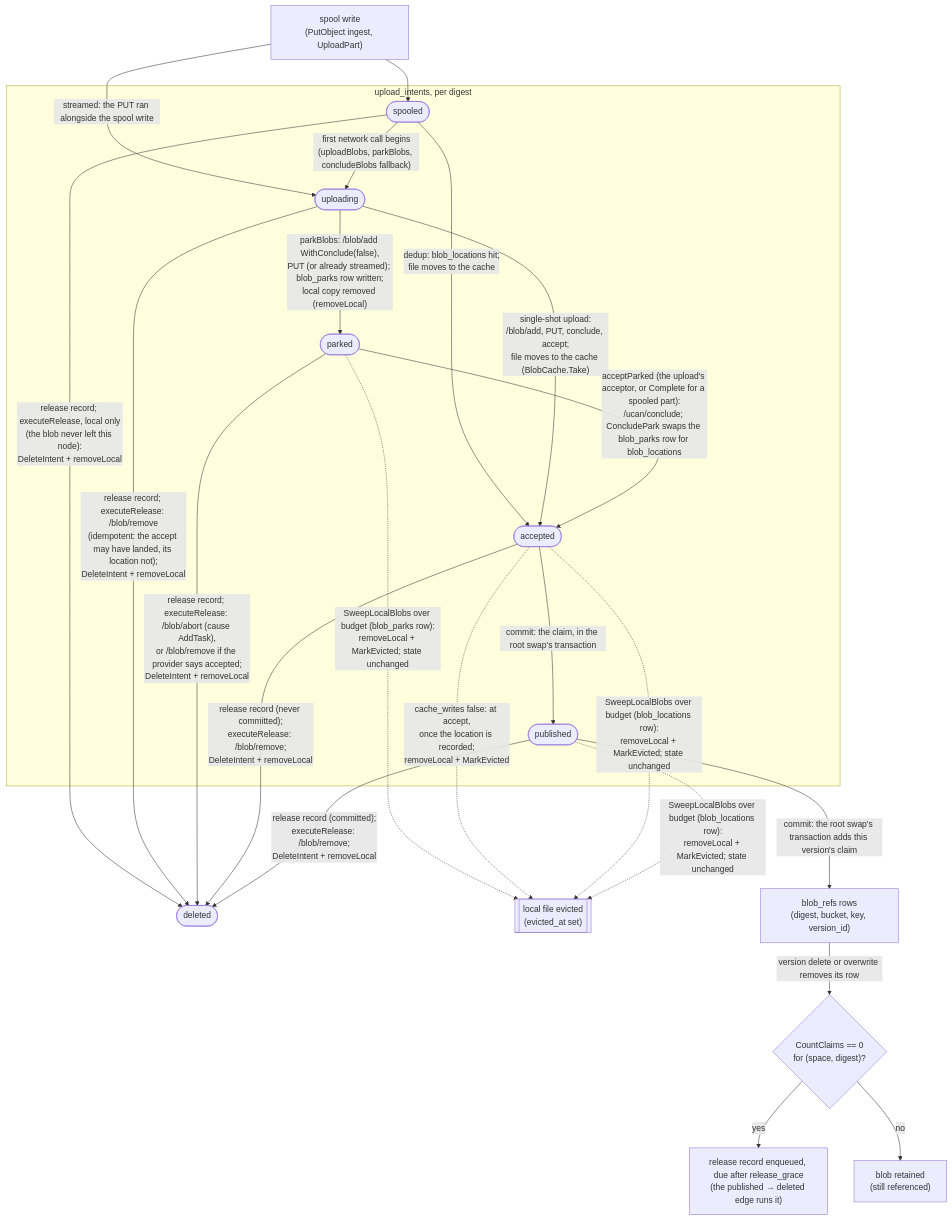
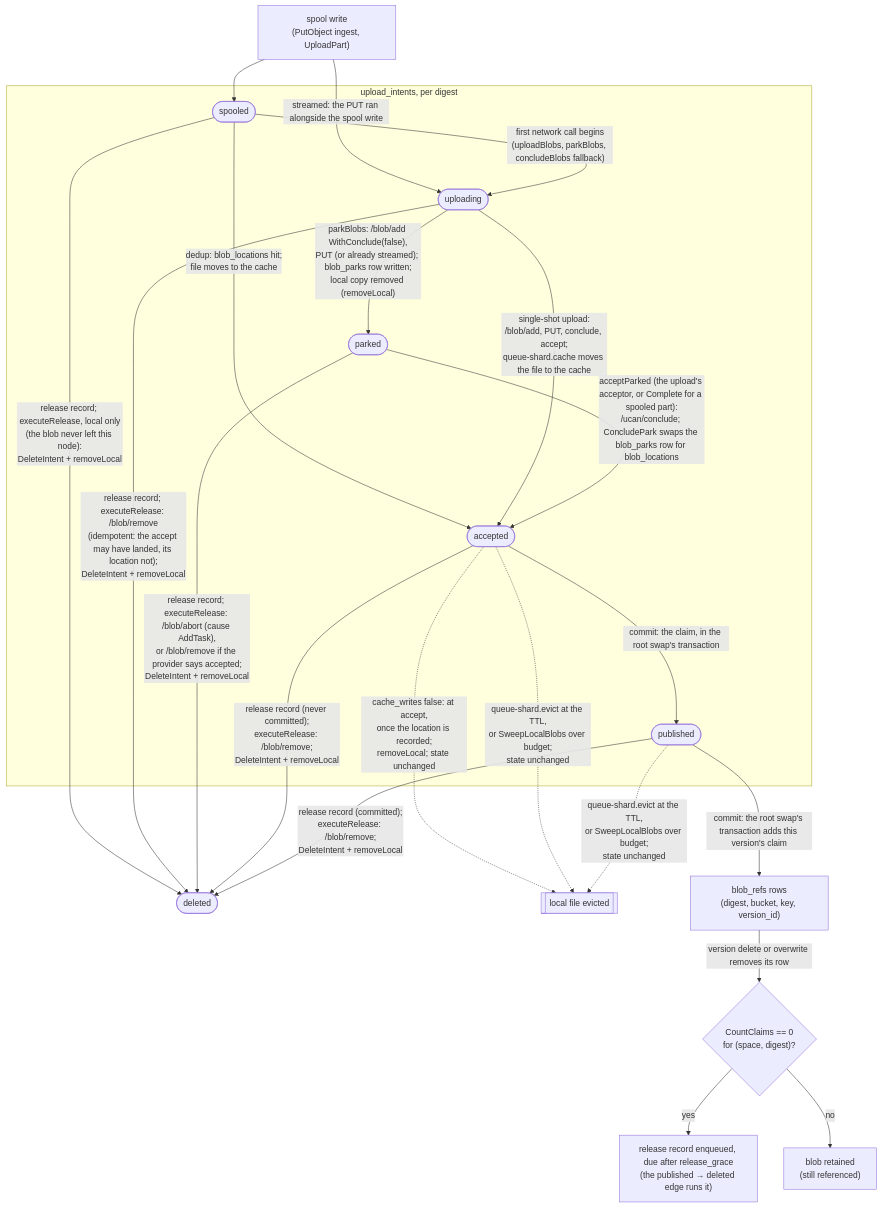
One commit to fil-forge/ingot changed the ninth of 15 diagrams in docs/diagrams.md. Above: the diagram before and after it, drawn with Mermaid. The commit also changed other lines of this file and 41 other files, not shown here.

First line of the commit message:
feat: cached blobs expire after a time to live, as `queue-shard` tasks (#340)

````diff
--- a/docs/diagrams.md
+++ b/docs/diagrams.md
@@ -704,35 +704,34 @@
 ```mermaid
 flowchart TB
     W["spool write<br/>(PutObject ingest, UploadPart)"] --> spooled
     W -->|"streamed: the PUT ran alongside the spool write"| uploading
 
     subgraph intents["upload_intents, per digest"]
         spooled([spooled])
         uploading([uploading])
         parked([parked])
         accepted([accepted])
         published([published])
     end
 
     spooled -->|"dedup: blob_locations hit;<br/>file moves to the cache"| accepted
     spooled -->|"first network call begins<br/>(uploadBlobs, parkBlobs, concludeBlobs fallback)"| uploading
-    uploading -->|"single-shot upload:<br/>/blob/add, PUT, conclude, accept;<br/>file moves to the cache (BlobCache.Take)"| accepted
+    uploading -->|"single-shot upload:<br/>/blob/add, PUT, conclude, accept;<br/>queue-shard.cache moves the file to the cache"| accepted
     uploading -->|"parkBlobs: /blob/add WithConclude(false),<br/>PUT (or already streamed); blob_parks row written;<br/>local copy removed (removeLocal)"| parked
     parked -->|"acceptParked (the upload's acceptor, or Complete for a spooled part):<br/>/ucan/conclude; ConcludePark swaps the blob_parks row for blob_locations"| accepted
     spooled -->|"release record; executeRelease, local only<br/>(the blob never left this node):<br/>DeleteIntent + removeLocal"| gone([deleted])
     uploading -->|"release record; executeRelease: /blob/remove<br/>(idempotent: the accept may have landed, its location not);<br/>DeleteIntent + removeLocal"| gone
     parked -->|"release record; executeRelease: /blob/abort (cause AddTask),<br/>or /blob/remove if the provider says accepted;<br/>DeleteIntent + removeLocal"| gone
     accepted -->|"release record (never committed);<br/>executeRelease: /blob/remove;<br/>DeleteIntent + removeLocal"| gone
     published -->|"release record (committed);<br/>executeRelease: /blob/remove;<br/>DeleteIntent + removeLocal"| gone
 
     accepted -->|"commit: the claim, in the root swap's transaction"| published
 
-    parked -.->|"SweepLocalBlobs over budget (blob_parks row):<br/>removeLocal + MarkEvicted; state unchanged"| evicted[["local file evicted<br/>(evicted_at set)"]]
-    accepted -.->|"cache_writes false: at accept,<br/>once the location is recorded;<br/>removeLocal + MarkEvicted"| evicted
-    accepted -.->|"SweepLocalBlobs over budget (blob_locations row):<br/>removeLocal + MarkEvicted; state unchanged"| evicted
-    published -.->|"SweepLocalBlobs over budget (blob_locations row):<br/>removeLocal + MarkEvicted; state unchanged"| evicted
+    accepted -.->|"cache_writes false: at accept,<br/>once the location is recorded;<br/>removeLocal; state unchanged"| evicted[["local file evicted"]]
+    accepted -.->|"queue-shard.evict at the TTL,<br/>or SweepLocalBlobs over budget;<br/>state unchanged"| evicted
+    published -.->|"queue-shard.evict at the TTL,<br/>or SweepLocalBlobs over budget;<br/>state unchanged"| evicted
     published -->|"commit: the root swap's transaction adds this version's claim"| refs["blob_refs rows<br/>(digest, bucket, key, version_id)"]
     refs -->|"version delete or overwrite removes its row"| zero{"CountClaims == 0<br/>for (space, digest)?"}
     zero -->|yes| rel["release record enqueued, due after release_grace<br/>(the published → deleted edge runs it)"]
     zero -->|no| keep["blob retained<br/>(still referenced)"]
 ```
````
